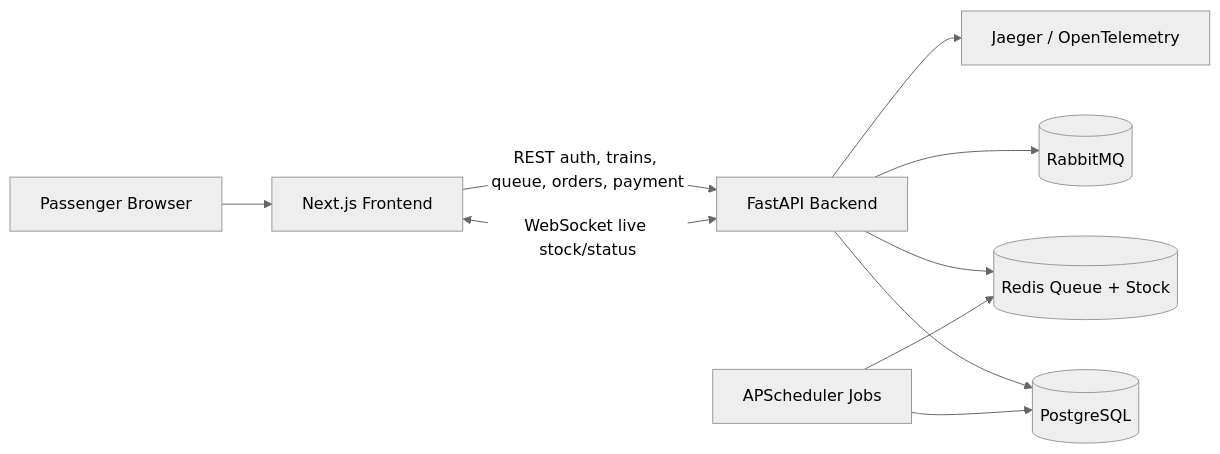
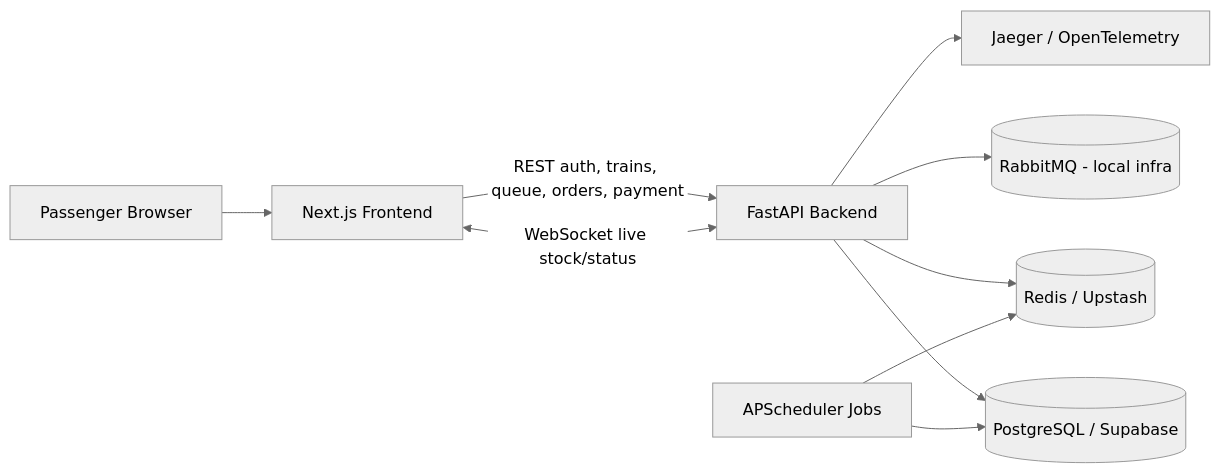
One commit to abhishekkumar121/tatkal-booking-engine changed the diagram in README.md. Above: the diagram before and after it, drawn with Mermaid (neutral theme). The commit also changed other lines of this file, not shown here.

````diff
--- a/README.md
+++ b/README.md
@@ -23,12 +26,12 @@
 ```mermaid
 flowchart LR
   User[Passenger Browser] --> Frontend[Next.js Frontend]
   Frontend -->|REST auth, trains, queue, orders, payment| API[FastAPI Backend]
   Frontend <-->|WebSocket live stock/status| API
-  API --> DB[(PostgreSQL)]
-  API --> Redis[(Redis Queue + Stock)]
-  API --> RabbitMQ[(RabbitMQ)]
+  API --> DB[(PostgreSQL / Supabase)]
+  API --> Redis[(Redis / Upstash)]
+  API --> RabbitMQ[(RabbitMQ - local infra)]
   API --> Jaeger[Jaeger / OpenTelemetry]
   Scheduler[APScheduler Jobs] --> Redis
   Scheduler --> DB
 ```
````
